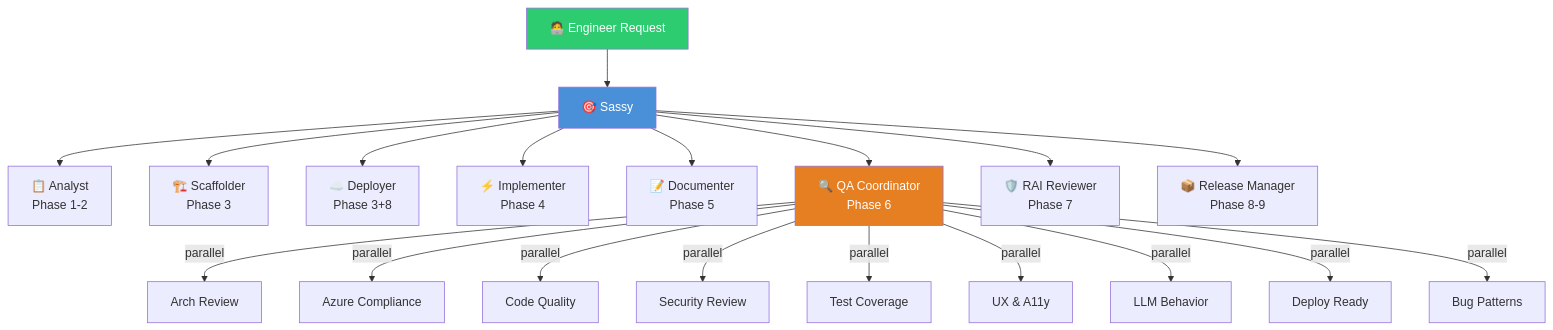
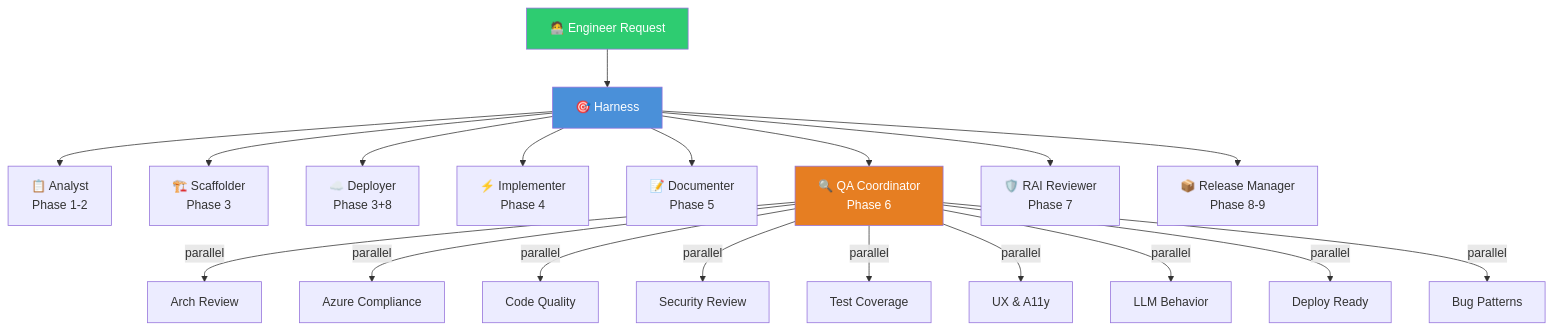
Before and after one commit to Dongbumlee/sdlc-harness: the first of 3 diagrams in README.md, drawn with Mermaid. The commit also changed other lines of this file and 57 other files, not shown here.

First line of the commit message:
Rename Sassy → Harness, generalize SAS/GSA references

````diff
--- a/README.md
+++ b/README.md
@@ -180,27 +180,27 @@
  ```mermaid
  flowchart TD
-     Request["🧑‍💻 Engineer Request"] --> Coordinator["🎯 Sassy"]
+     Request["🧑‍💻 Engineer Request"] --> Coordinator["🎯 Harness"]
 
      Coordinator --> Analyst["📋 Analyst<br/>Phase 1-2"]
      Coordinator --> Scaffolder["🏗️ Scaffolder<br/>Phase 3"]
      Coordinator --> Deployer["☁️ Deployer<br/>Phase 3+8"]
      Coordinator --> Implementer["⚡ Implementer<br/>Phase 4"]
      Coordinator --> Documenter["📝 Documenter<br/>Phase 5"]
      Coordinator --> QA["🔍 QA Coordinator<br/>Phase 6"]
      Coordinator --> RAI["🛡️ RAI Reviewer<br/>Phase 7"]
      Coordinator --> Release["📦 Release Manager<br/>Phase 8-9"]
 
      QA -->|parallel| AR["Arch Review"]
      QA -->|parallel| AZ["Azure Compliance"]
      QA -->|parallel| CQ["Code Quality"]
      QA -->|parallel| SR["Security Review"]
      QA -->|parallel| TC["Test Coverage"]
      QA -->|parallel| UX["UX & A11y"]
      QA -->|parallel| LLM["LLM Behavior"]
      QA -->|parallel| DR["Deploy Ready"]
      QA -->|parallel| BUG["Bug Patterns"]
 
      style Coordinator fill:#4A90D9,color:#fff
      style QA fill:#E67E22,color:#fff
      style Request fill:#2ECC71,color:#fff
  ```
````
